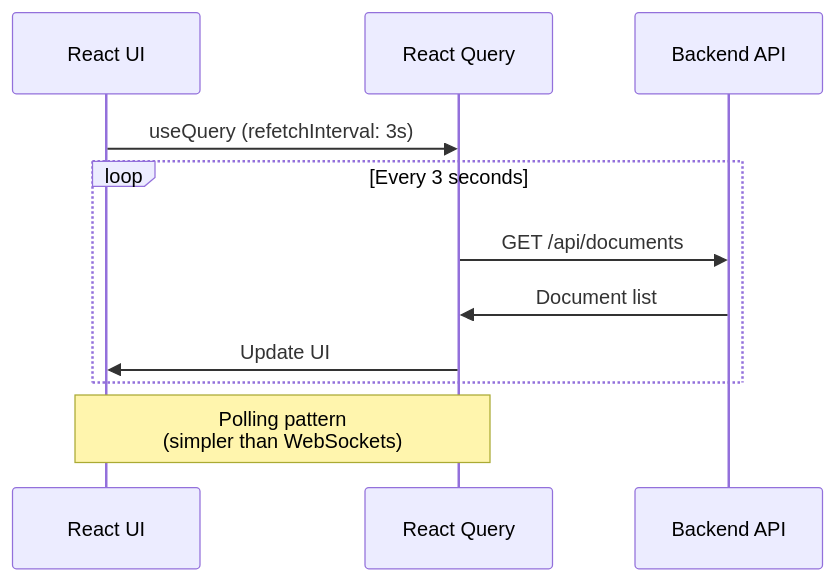
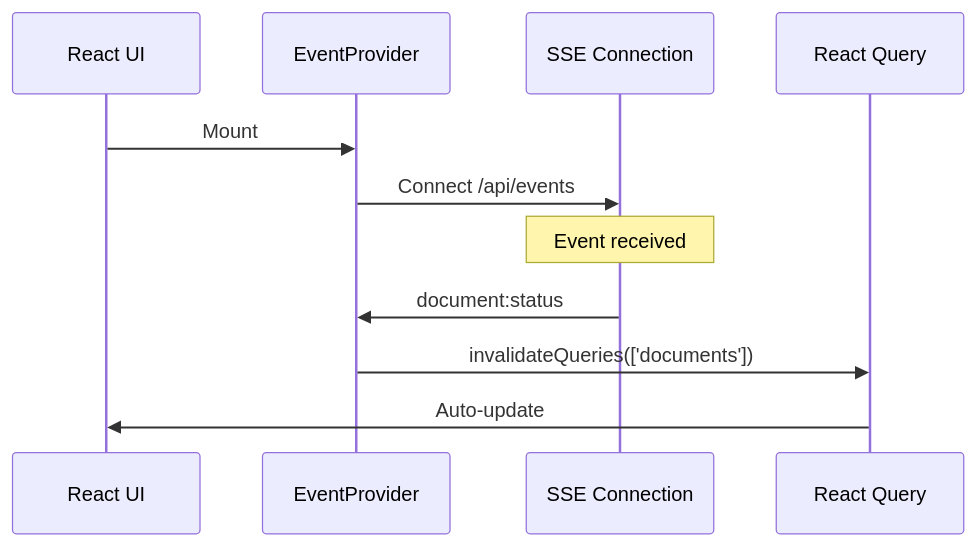
The seventh of 7 diagrams in docs/ARCHITECTURE.md (namtroi/RAGBase), drawn with Mermaid before and after one commit. The commit also changed other lines of this file and 7 other files, not shown here.

Commit message:
docs: update API and Architecture for Phase 2, add Phase 3 specs and roadmap

````diff
--- a/docs/ARCHITECTURE.md
+++ b/docs/ARCHITECTURE.md
@@ -317,15 +250,15 @@
 ```mermaid
 sequenceDiagram
     participant UI as React UI
+    participant EP as EventProvider
+    participant SSE as SSE Connection
     participant RQ as React Query
-    participant API as Backend API
     
-    UI->>RQ: useQuery (refetchInterval: 3s)
-    loop Every 3 seconds
-        RQ->>API: GET /api/documents
-        API->>RQ: Document list
-        RQ->>UI: Update UI
-    end
+    UI->>EP: Mount
+    EP->>SSE: Connect /api/events
     
-    Note over UI,RQ: Polling pattern<br/>(simpler than WebSockets)
+    Note over SSE: Event received
+    SSE->>EP: document:status
+    EP->>RQ: invalidateQueries(['documents'])
+    RQ->>UI: Auto-update
 ```
````
